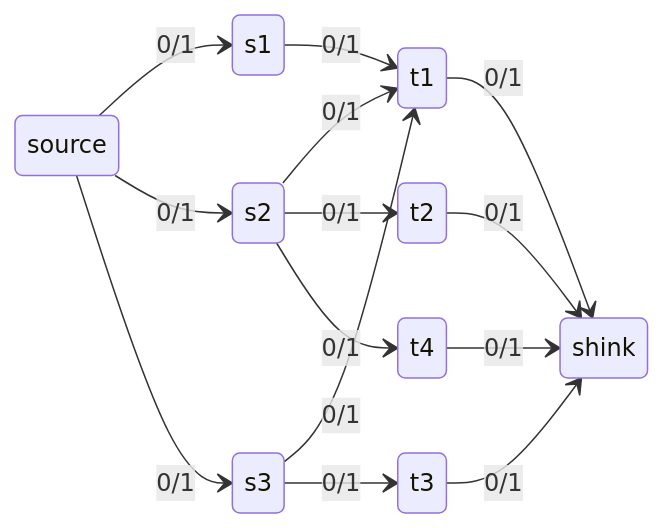
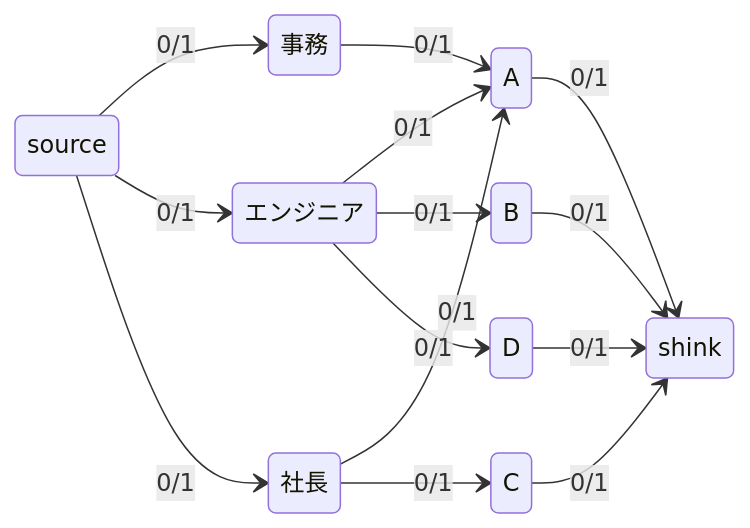
Before and after one commit to miyatama/learn_rust: the fourth of 4 diagrams in algorithm/08_ネットワークフローアルゴリズム/README.md, drawn with Mermaid. The commit also changed other lines of this file, not shown here.

````diff
--- a/algorithm/08_ネットワークフローアルゴリズム/README.md
+++ b/algorithm/08_ネットワークフローアルゴリズム/README.md
@@ -223,28 +223,28 @@
 ```mermaid
 stateDiagram-v2
   direction LR
 
   state "source" as s
-  state "s1" as s1
-  state "s2" as s2
-  state "s3" as s3
-  state "t1" as t1
-  state "t2" as t2
-  state "t3" as t3
-  state "t4" as t4
+  state "事務" as s1
+  state "エンジニア" as s2
+  state "社長" as s3
+  state "A" as t1
+  state "B" as t2
+  state "C" as t3
+  state "D" as t4
   state "shink" as t
 
   s --> s1: 0/1
   s --> s2: 0/1
   s --> s3: 0/1
   t1 --> t: 0/1
   t2 --> t: 0/1
   t3 --> t: 0/1
   t4 --> t: 0/1
   s1 --> t1: 0/1
   s2 --> t1: 0/1
   s2 --> t2: 0/1
   s2 --> t4: 0/1
   s3 --> t1: 0/1
   s3 --> t3: 0/1
 ```
````
